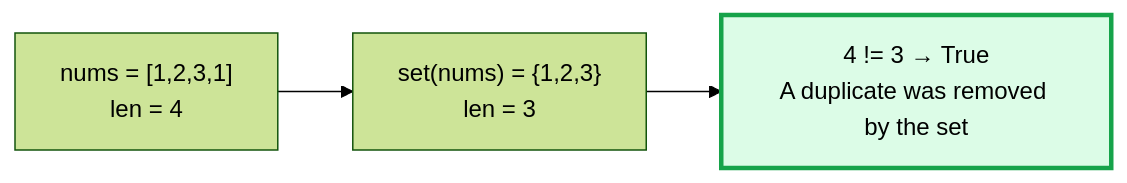
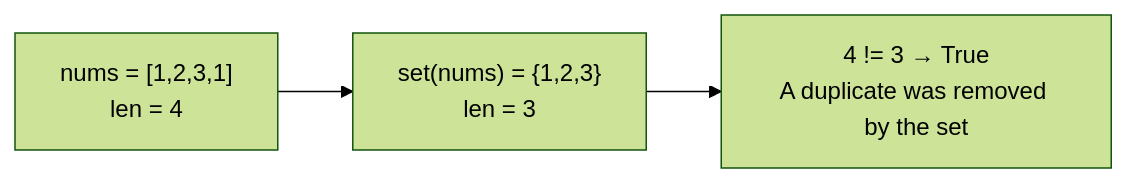
Before and after one commit to M-F-Tushar/LeetCode-Problem-Solving: diagram 12 of 13 in 02 - Contains Duplicate/README.md, drawn with Mermaid (forest theme). The commit also changed other lines of this file and 6 other files, not shown here.

Commit message:
added 06 - Is Subsequence, 07 - Longest Consecutive Sequence

````diff
--- a/02 - Contains Duplicate/README.md
+++ b/02 - Contains Duplicate/README.md
@@ -376,7 +366,6 @@
 ```mermaid
 flowchart LR
     A["nums = [1,2,3,1]\nlen = 4"] --> B["set(nums) = {1,2,3}\nlen = 3"]
     B --> C["4 != 3 → True\nA duplicate was removed by the set"]
 
-    style C fill:#dcfce7,stroke:#16a34a,stroke-width:3px,color:#000000
 ```
````
